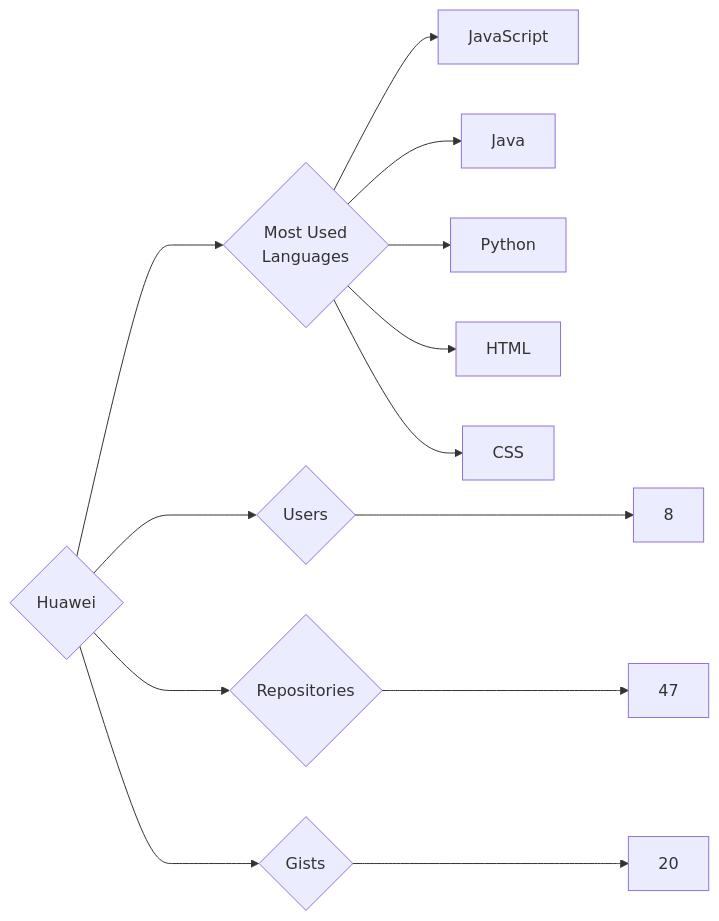
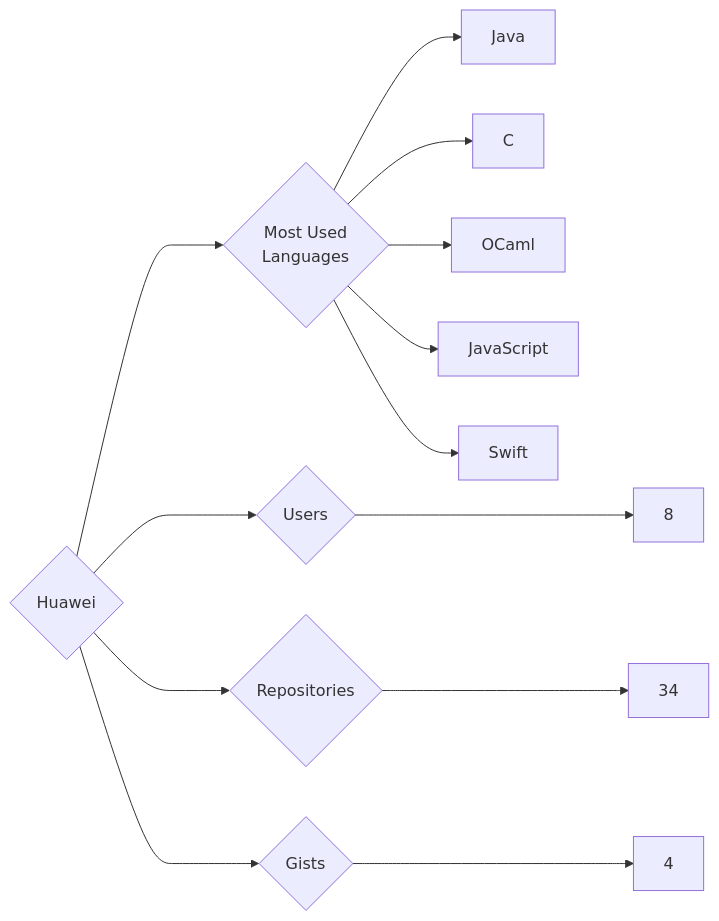
One commit to trickest/insiders changed the diagram in targets/Huawei/README.md. Above: the diagram before and after it, drawn with Mermaid. The commit also changed 1123 other files, not shown here.

````diff
--- a/targets/Huawei/README.md
+++ b/targets/Huawei/README.md
@@ -3,13 +3,13 @@
 ```mermaid
 graph LR
 COMPANY_NAME{Huawei}
 COMPANY_NAME ---> U{Users} ---> UN[8]
-COMPANY_NAME ---> R{Repositories} ---> RN[47]
-COMPANY_NAME ---> G{Gists} ---> GN[20]
+COMPANY_NAME ---> R{Repositories} ---> RN[34]
+COMPANY_NAME ---> G{Gists} ---> GN[4]
 COMPANY_NAME ---> ML{Most Used<br>Languages}
+ML --> Java[Java]
+ML --> C[C]
+ML --> OCaml[OCaml]
 ML --> JavaScript[JavaScript]
-ML --> Java[Java]
-ML --> Python[Python]
-ML --> HTML[HTML]
-ML --> CSS[CSS]
+ML --> Swift[Swift]
 ```
````
